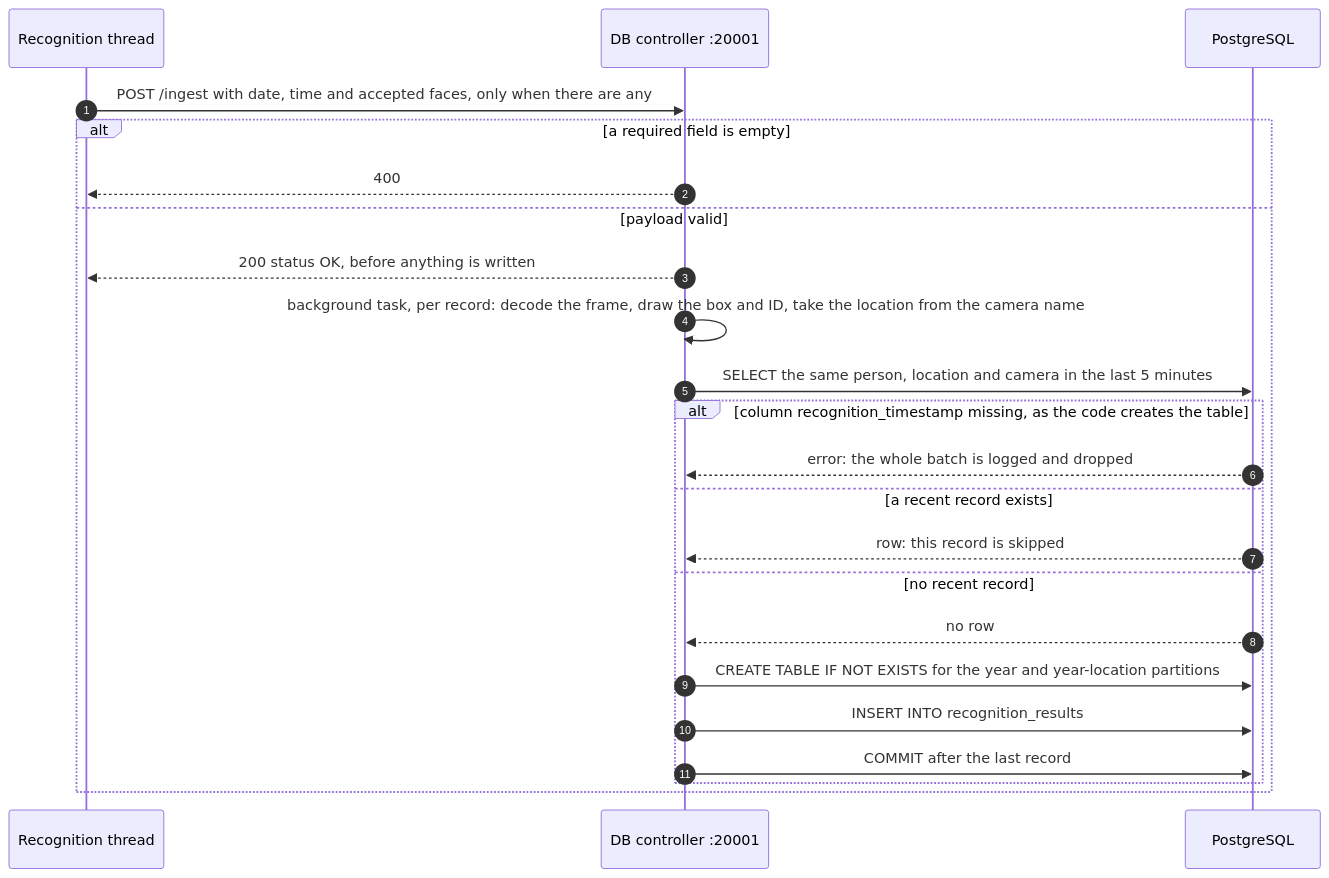
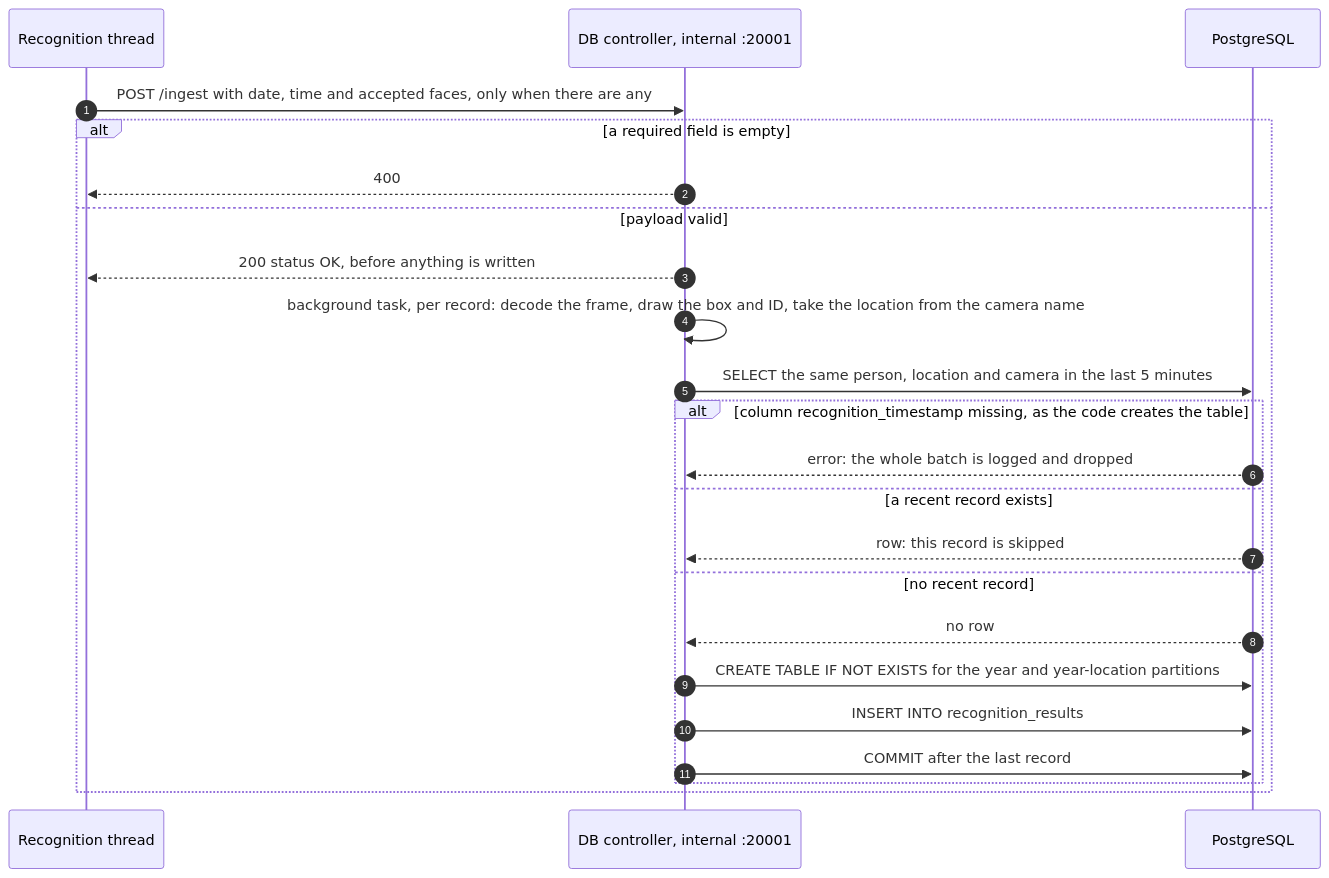
Before and after one commit to hamza-aziz-ai/CCTV-Face-Recognition-Attendance-System: the third of 8 diagrams in docs/FLOW.md, drawn with Mermaid. The commit also changed other lines of this file and 11 other files, not shown here.

````diff
--- a/docs/FLOW.md
+++ b/docs/FLOW.md
@@ -154,25 +154,25 @@
 ```mermaid
 sequenceDiagram
     autonumber
     participant C as Recognition thread
-    participant DBC as DB controller :20001
+    participant DBC as DB controller, internal :20001
     participant PG as PostgreSQL
     C->>DBC: POST /ingest with date, time and accepted faces, only when there are any
     alt a required field is empty
         DBC-->>C: 400
     else payload valid
         DBC-->>C: 200 status OK, before anything is written
         DBC->>DBC: background task, per record: decode the frame, draw the box and ID, take the location from the camera name
         DBC->>PG: SELECT the same person, location and camera in the last 5 minutes
         alt column recognition_timestamp missing, as the code creates the table
             PG-->>DBC: error: the whole batch is logged and dropped
         else a recent record exists
             PG-->>DBC: row: this record is skipped
         else no recent record
             PG-->>DBC: no row
             DBC->>PG: CREATE TABLE IF NOT EXISTS for the year and year-location partitions
             DBC->>PG: INSERT INTO recognition_results
             DBC->>PG: COMMIT after the last record
         end
     end
 ```
````
